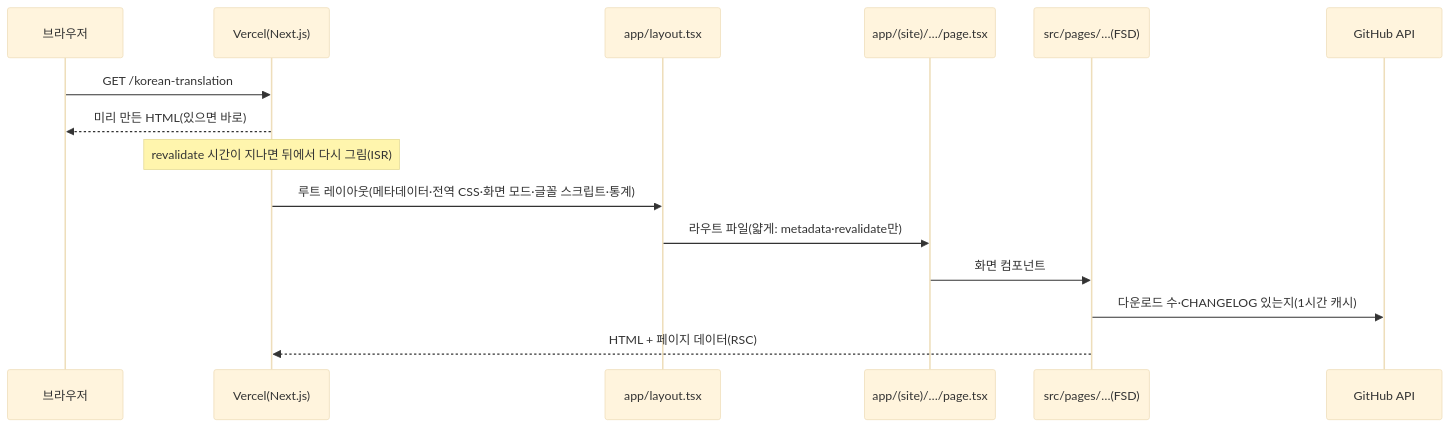
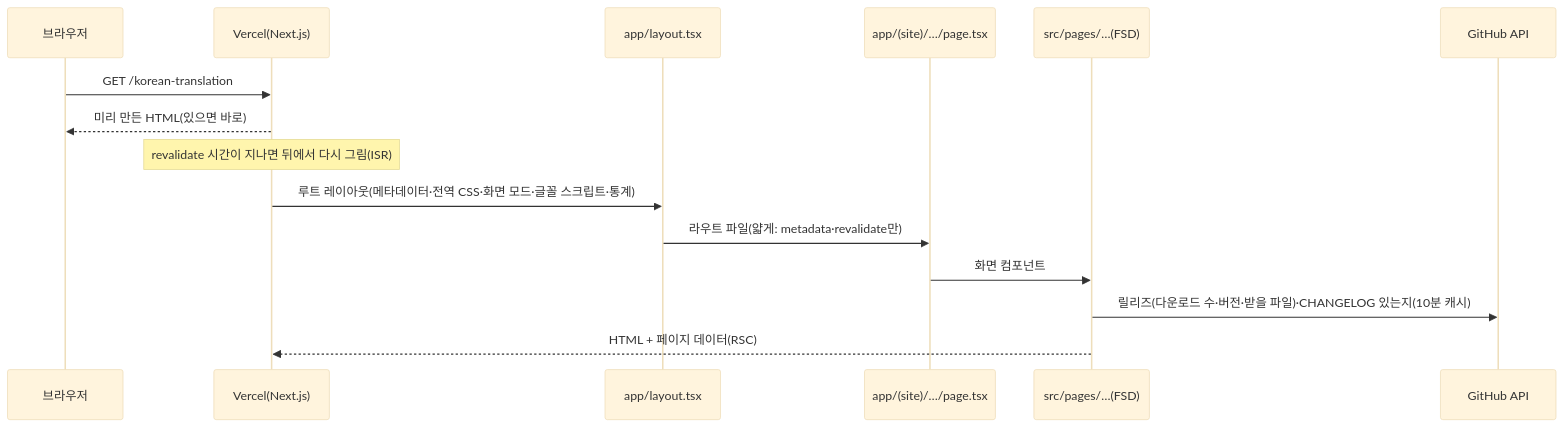
Before and after one commit to arqhive/arqhive-web: the third of 16 diagrams in app-flow.md, drawn with Mermaid (base theme). The commit also changed other lines of this file and 7 other files, not shown here.

````diff
--- a/app-flow.md
+++ b/app-flow.md
@@ -89,17 +89,17 @@
 ```mermaid
 sequenceDiagram
   participant B as 브라우저
   participant V as Vercel(Next.js)
   participant L as app/layout.tsx
   participant P as app/(site)/…/page.tsx
   participant F as src/pages/…(FSD)
   participant G as GitHub API
   B->>V: GET /korean-translation
   V-->>B: 미리 만든 HTML(있으면 바로)
   Note over V: revalidate 시간이 지나면 뒤에서 다시 그림(ISR)
   V->>L: 루트 레이아웃(메타데이터·전역 CSS·화면 모드·글꼴 스크립트·통계)
   L->>P: 라우트 파일(얇게: metadata·revalidate만)
   P->>F: 화면 컴포넌트
-  F->>G: 다운로드 수·CHANGELOG 있는지(1시간 캐시)
+  F->>G: 릴리즈(다운로드 수·버전·받을 파일)·CHANGELOG 있는지(10분 캐시)
   F-->>V: HTML + 페이지 데이터(RSC)
 ```
````
